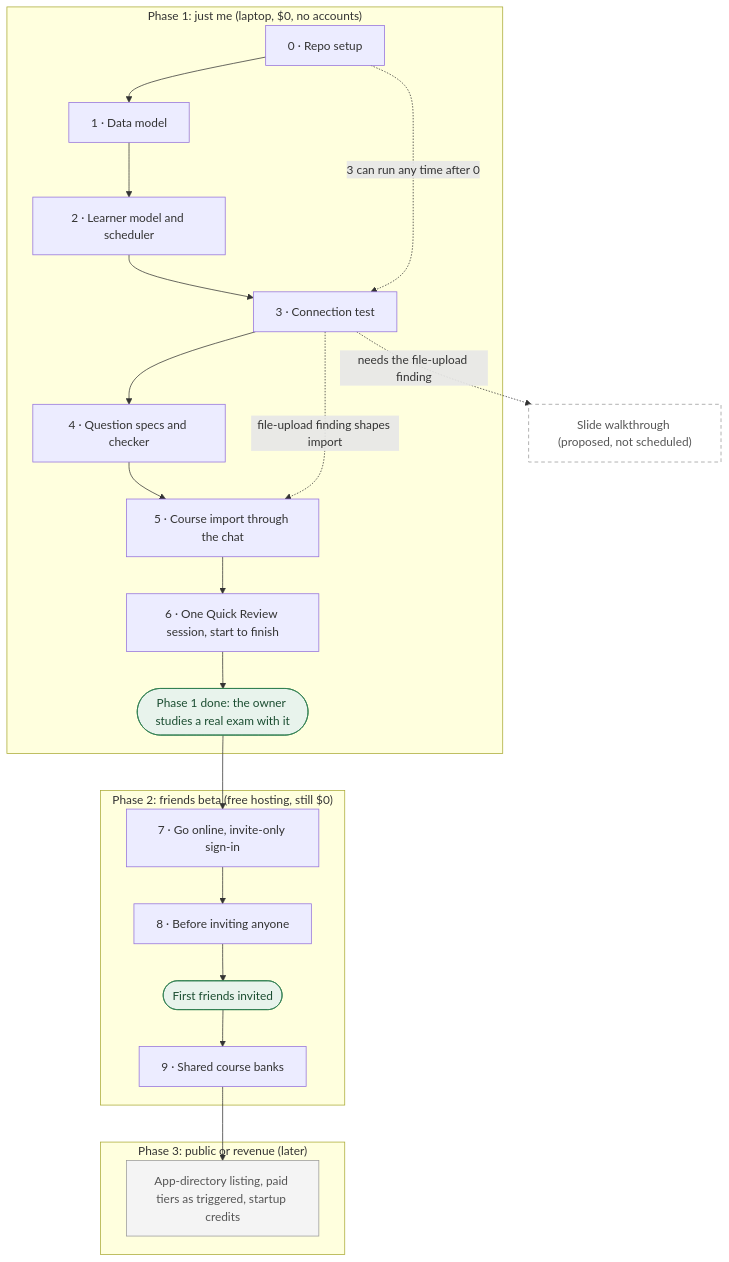
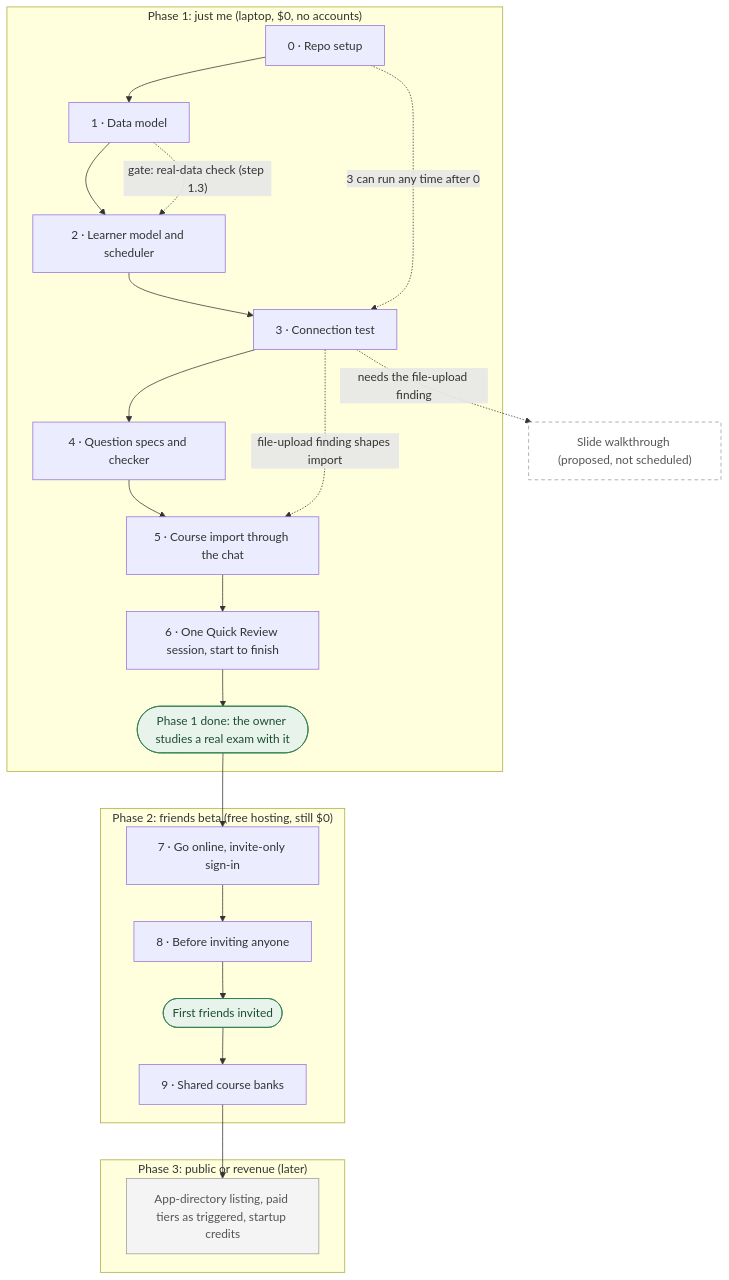
The diagram in docs/increment-plan.md (ejdohertyiv-ctrl/studybuddy), drawn with Mermaid before and after one commit. The commit also changed other lines of this file and 3 other files, not shown here.

First line of the commit message:
docs: add a per-increment data-quality gate

````diff
--- a/docs/increment-plan.md
+++ b/docs/increment-plan.md
@@ -11,37 +11,38 @@
 ```mermaid
 flowchart TD
     subgraph P1["Phase 1: just me (laptop, $0, no accounts)"]
         I0["0 · Repo setup"] --> I1["1 · Data model"]
         I1 --> I2["2 · Learner model and scheduler"]
         I2 --> I3["3 · Connection test"]
         I3 --> I4["4 · Question specs and checker"]
         I4 --> I5["5 · Course import through the chat"]
         I5 --> I6["6 · One Quick Review session, start to finish"]
         I6 --> M1(["Phase 1 done: the owner studies a real exam with it"])
+        I1 -. "gate: real-data check (step 1.3)" .-> I2
         I0 -. "3 can run any time after 0" .-> I3
         I3 -. "file-upload finding shapes import" .-> I5
     end
 
     subgraph P2["Phase 2: friends beta (free hosting, still $0)"]
         I7["7 · Go online, invite-only sign-in"] --> I8["8 · Before inviting anyone"]
         I8 --> M2(["First friends invited"])
         M2 --> I9["9 · Shared course banks"]
     end
 
     subgraph P3["Phase 3: public or revenue (later)"]
         P3A["App-directory listing, paid tiers as triggered, startup credits"]
     end
 
     SW["Slide walkthrough (proposed, not scheduled)"]
 
     M1 --> I7
     I9 --> P3A
     I3 -. "needs the file-upload finding" .-> SW
 
     classDef milestone fill:#e8f3ec,stroke:#2e7d4f,color:#1b4d31
     classDef later fill:#f4f4f4,stroke:#999,color:#555
     classDef proposed fill:#fff,stroke:#999,stroke-dasharray:5 4,color:#555
     class M1,M2 milestone
     class P3A later
     class SW proposed
 ```
````
